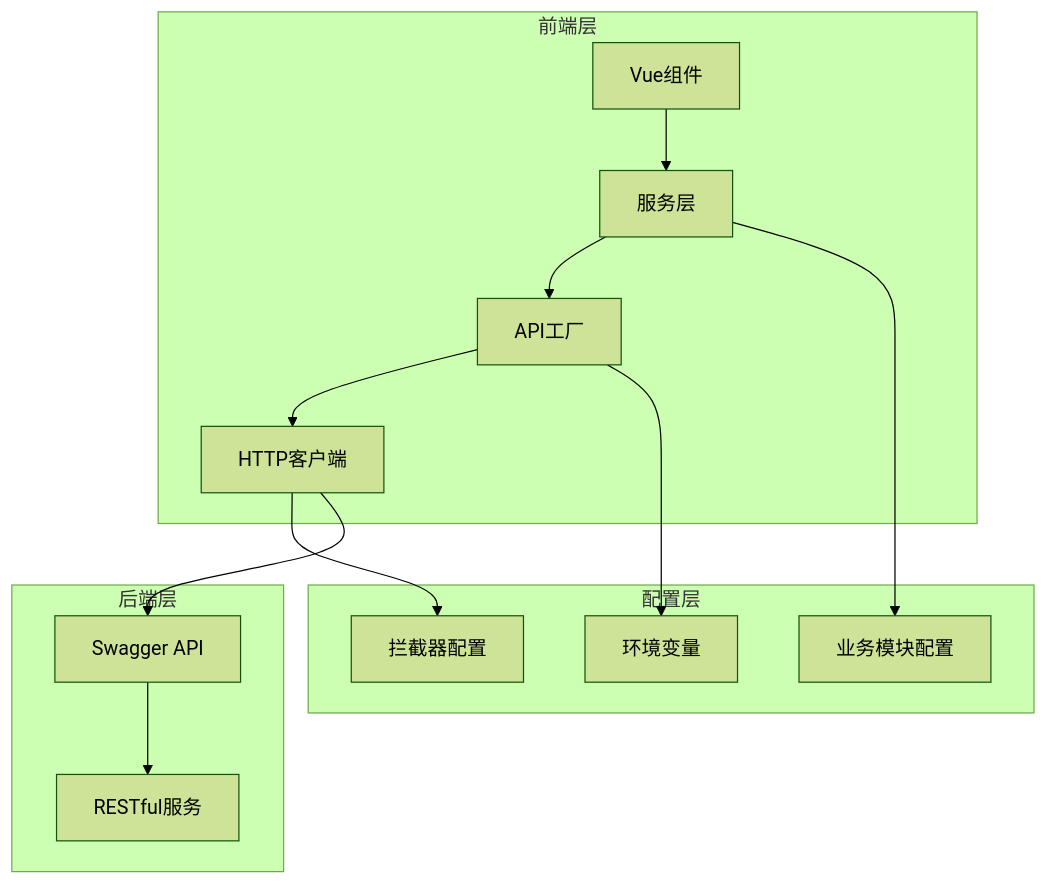
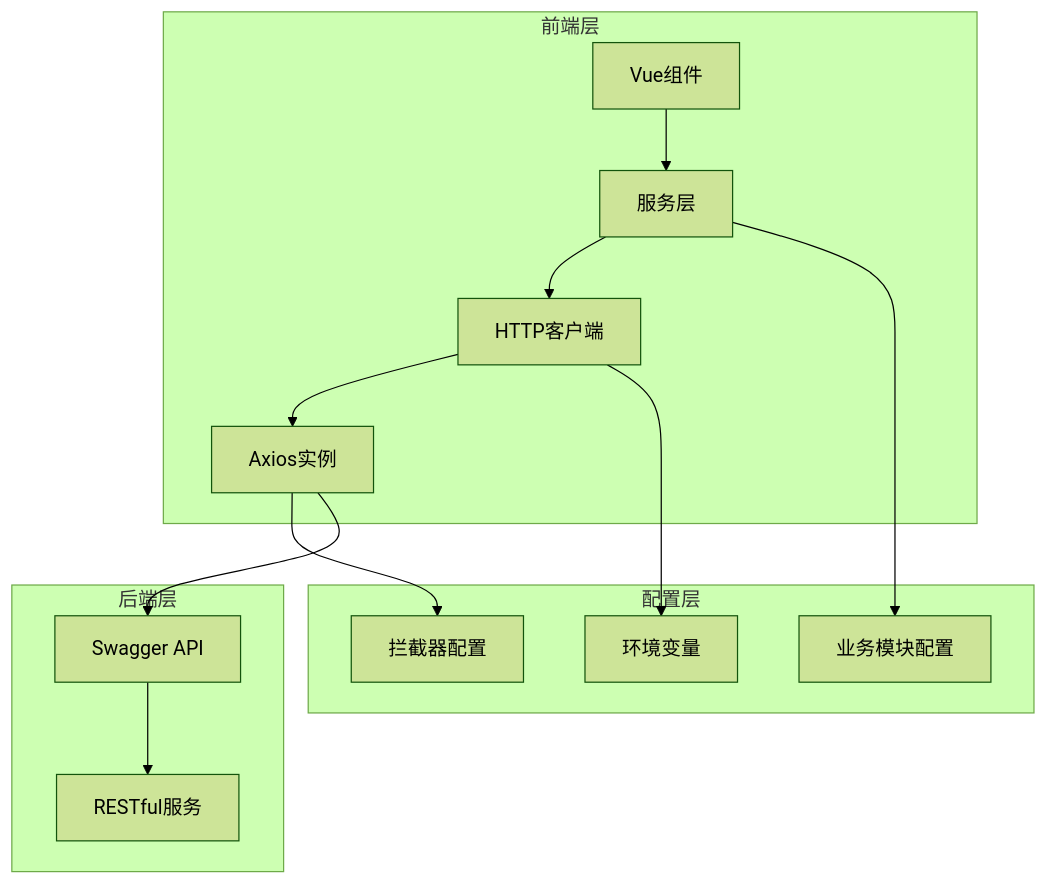
Before and after one commit to zhibo1997/government-dashboard: the first of 14 diagrams in .qoder/repowiki/zh/content/API集成/API集成.md, drawn with Mermaid (forest theme). The commit also changed other lines of this file and 28 other files, not shown here.

````diff
--- a/.qoder/repowiki/zh/content/API集成/API集成.md
+++ b/.qoder/repowiki/zh/content/API集成/API集成.md
@@ -41,22 +47,22 @@
 ```mermaid
 graph TB
 subgraph "前端层"
 A[Vue组件] --> B[服务层]
-B --> C[API工厂]
-C --> D[HTTP客户端]
+B --> C[HTTP客户端]
+C --> D[Axios实例]
 end
 subgraph "配置层"
 E[业务模块配置]
 F[环境变量]
 G[拦截器配置]
 end
 subgraph "后端层"
 H[Swagger API]
 I[RESTful服务]
 end
 B --> E
 C --> F
 D --> G
 D --> H
 H --> I
 ```
````
